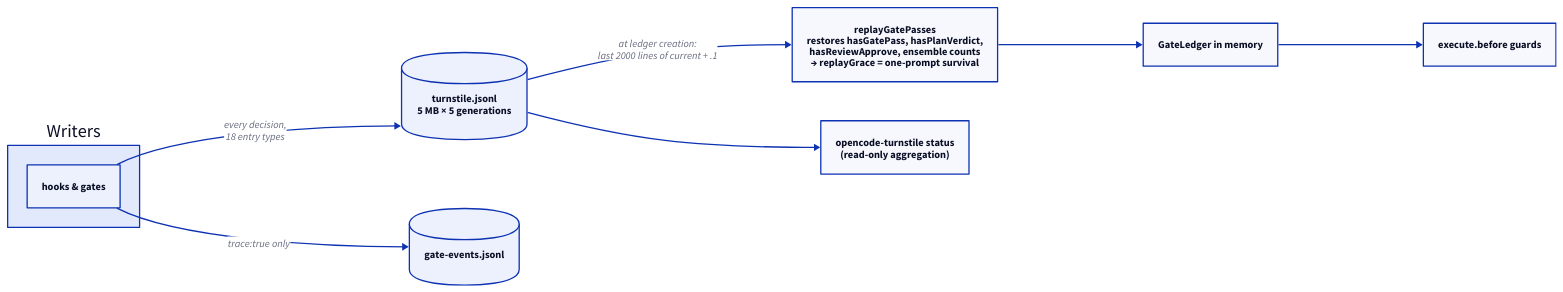
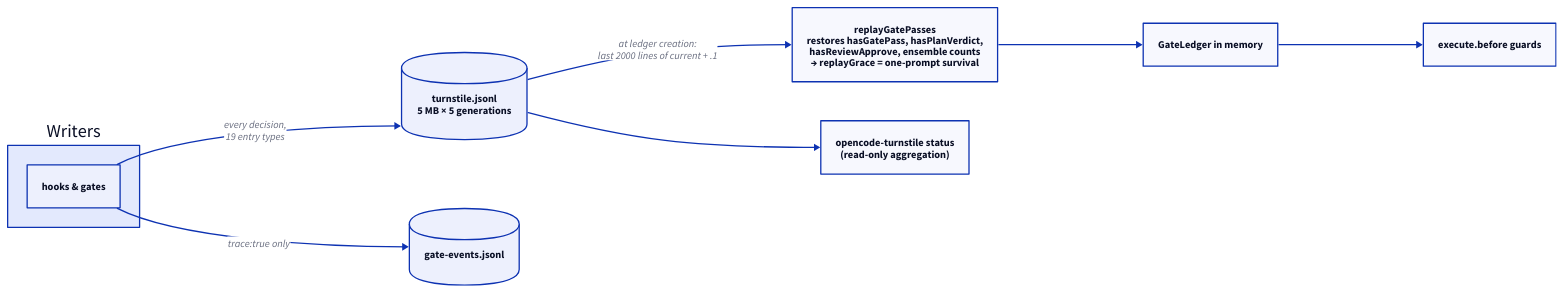
Before and after one commit to edseabolt/turnstile: the diagram in docs/diagrams/d05-persistence.d2, drawn with D2. The commit also changed 9 other files, not shown here.

```diff
--- a/docs/diagrams/d05-persistence.d2
+++ b/docs/diagrams/d05-persistence.d2
@@ -1,24 +1,24 @@
 direction: right
 
 writers: "Writers" {
   hooks: "hooks & gates"
 }
 
 jsonl: "turnstile.jsonl\n5 MB × 5 generations" {
   shape: cylinder
 }
 trace: "gate-events.jsonl" {
   shape: cylinder
 }
 
 replay: "replayGatePasses\nrestores hasGatePass, hasPlanVerdict,\nhasReviewApprove, ensemble counts\n→ replayGrace = one-prompt survival"
 ledger: "GateLedger in memory"
 enforce: "execute.before guards"
 cli: "opencode-turnstile status\n(read-only aggregation)"
 
-writers.hooks -> jsonl: "every decision,\n18 entry types"
+writers.hooks -> jsonl: "every decision,\n19 entry types"
 writers.hooks -> trace: "trace:true only"
 jsonl -> replay: "at ledger creation:\nlast 2000 lines of current + .1"
 replay -> ledger
 ledger -> enforce
 jsonl -> cli
```
